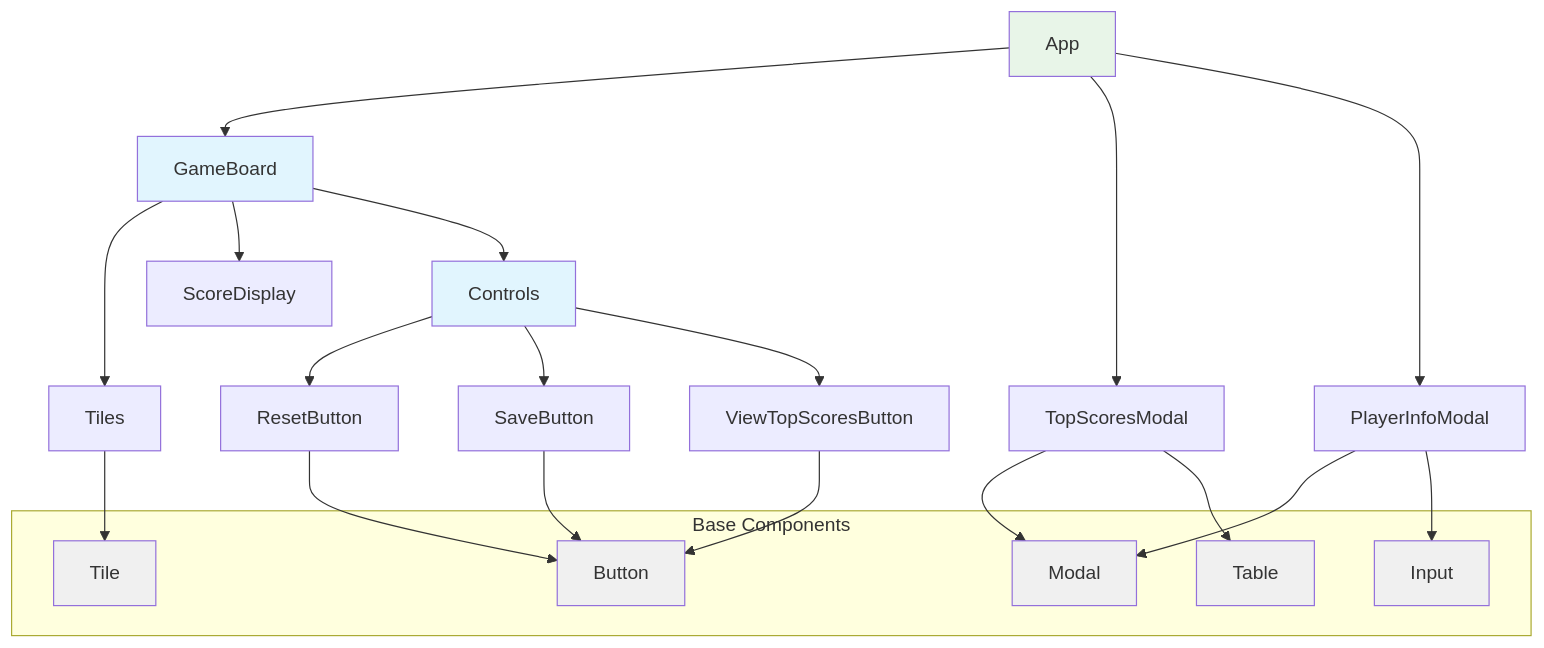
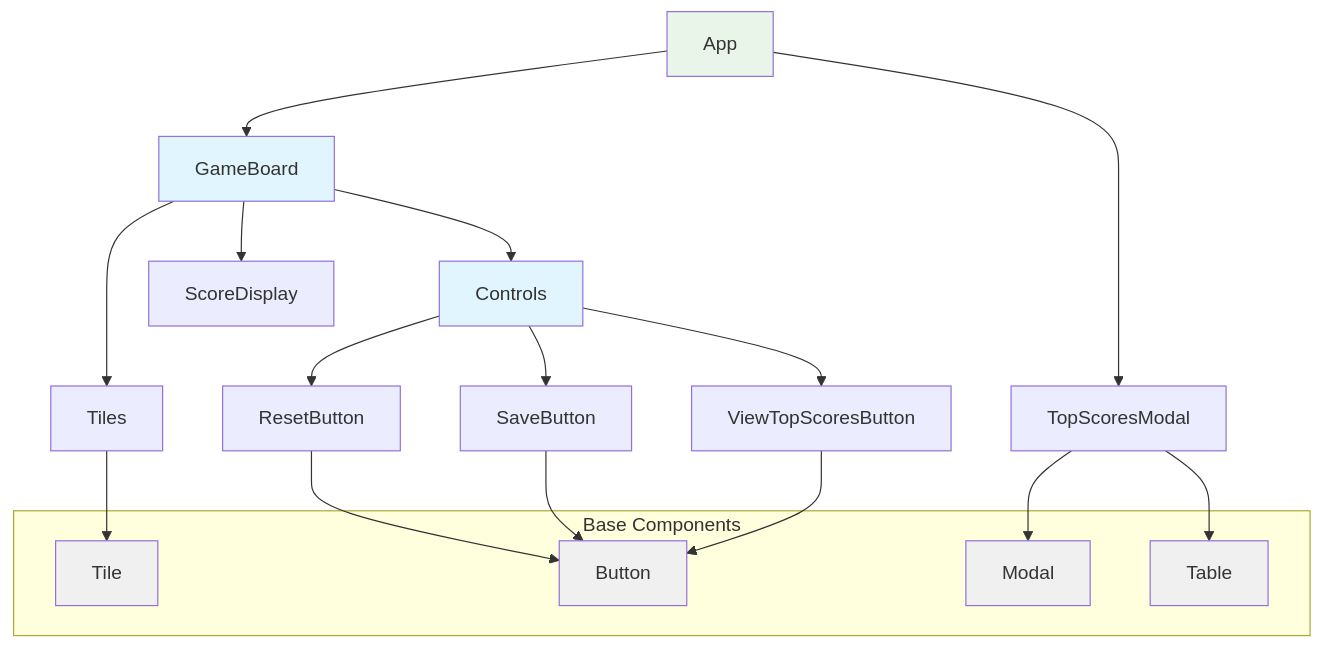
The diagram in docs/architecture/c3-frontend-components.md (alang-dev/scrabble-points-calculator), drawn with Mermaid before and after one commit. The commit also changed other lines of this file and 7 other files, not shown here.

First line of the commit message:
Update architecture design with C4 service layer implementation

````diff
--- a/docs/architecture/c3-frontend-components.md
+++ b/docs/architecture/c3-frontend-components.md
@@ -7,50 +7,44 @@
 ```mermaid
 graph TB
     App[App]
     
     GameBoard[GameBoard]
     TopScoresModal[TopScoresModal]
-    PlayerInfoModal[PlayerInfoModal]
     
     subgraph "Base Components"
         Modal[Modal]
         Button[Button]
         Tile[Tile]
         Table[Table]
-        Input[Input]
     end
     
     ResetButton[ResetButton]
     SaveButton[SaveButton]
     ViewTopScoresButton[ViewTopScoresButton]
     
     App --> GameBoard
     App --> TopScoresModal
-    App --> PlayerInfoModal
     
     GameBoard --> Tiles
     GameBoard --> ScoreDisplay
     GameBoard --> Controls
     
     Controls --> ResetButton
     Controls --> SaveButton
     Controls --> ViewTopScoresButton
     
     TopScoresModal --> Modal
     TopScoresModal --> Table
-    PlayerInfoModal --> Modal
-    PlayerInfoModal --> Input
     ResetButton --> Button
     SaveButton --> Button
     ViewTopScoresButton --> Button
     Tiles --> Tile
     
     style App fill:#e8f5e8
     style GameBoard fill:#e1f5fe
     style Controls fill:#e1f5fe
     style Modal fill:#f0f0f0
     style Button fill:#f0f0f0
     style Tile fill:#f0f0f0
     style Table fill:#f0f0f0
-    style Input fill:#f0f0f0
 ```
````
